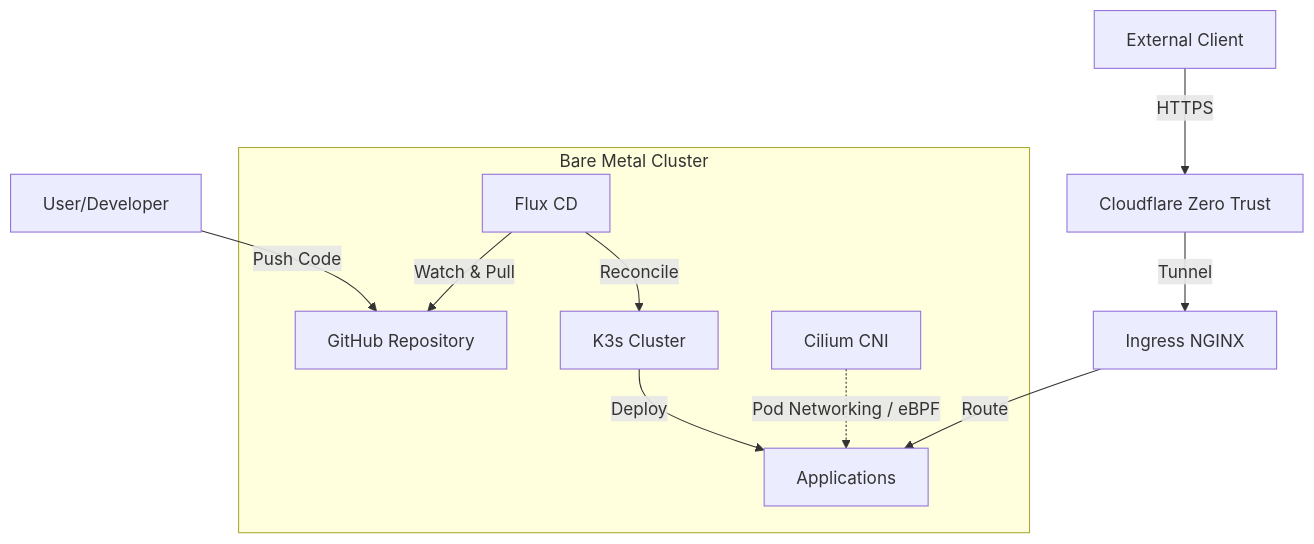
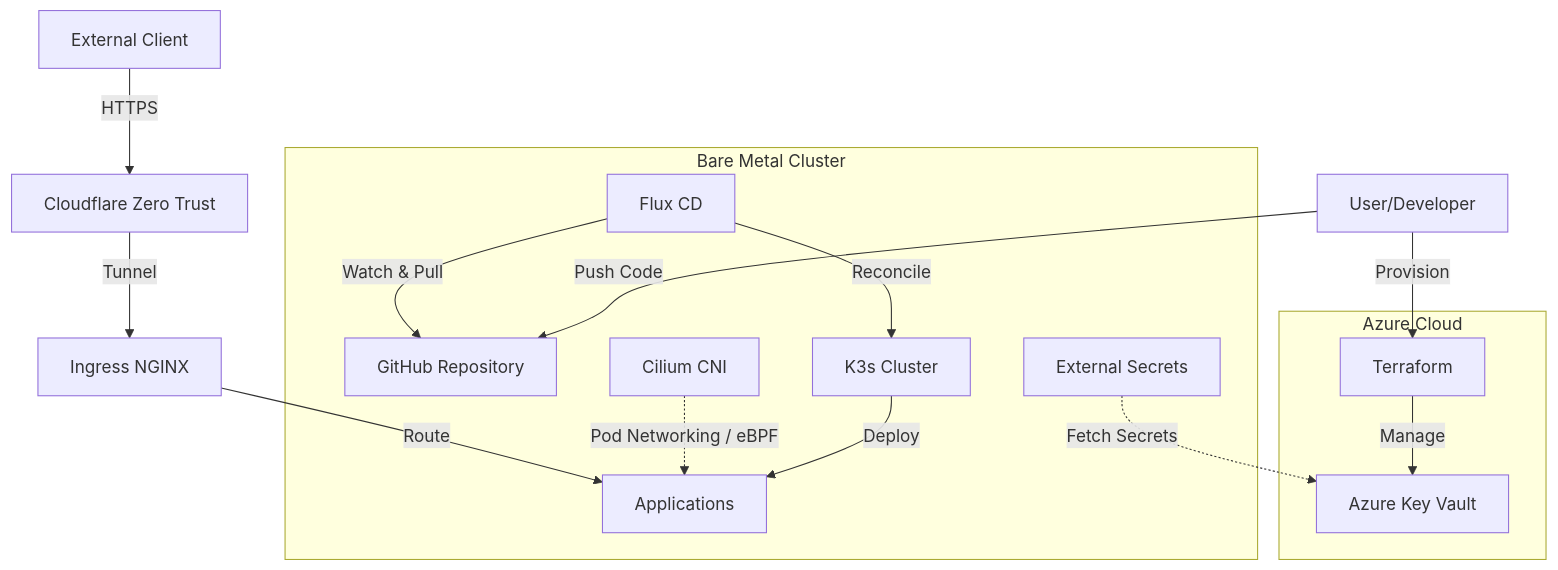
Before and after one commit to xDaryamo/homelab: the diagram in README.md, drawn with Mermaid. The commit also changed other lines of this file, not shown here.

Commit message:
docs: enhance README with Azure Key Vault and Terraform integration details

````diff
--- a/README.md
+++ b/README.md
@@ -19,13 +19,21 @@
 ```mermaid
 graph TD
     user[User/Developer] -->|Push Code| git[GitHub Repository]
+    user -->|Provision| tf[Terraform]
+
+    subgraph "Azure Cloud"
+        tf -->|Manage| kv[Azure Key Vault]
+    end
+
     subgraph "Bare Metal Cluster"
         flux[Flux CD] -->|Watch & Pull| git
         flux -->|Reconcile| k3s[K3s Cluster]
         k3s -->|Deploy| app[Applications]
+        eso[External Secrets] -.->|Fetch Secrets| kv
         cilium[Cilium CNI] -.->|Pod Networking / eBPF| app
     end
+    
     client[External Client] -->|HTTPS| cf[Cloudflare Zero Trust]
     cf -->|Tunnel| ingress[Ingress NGINX]
     ingress -->|Route| app
 ```
````
